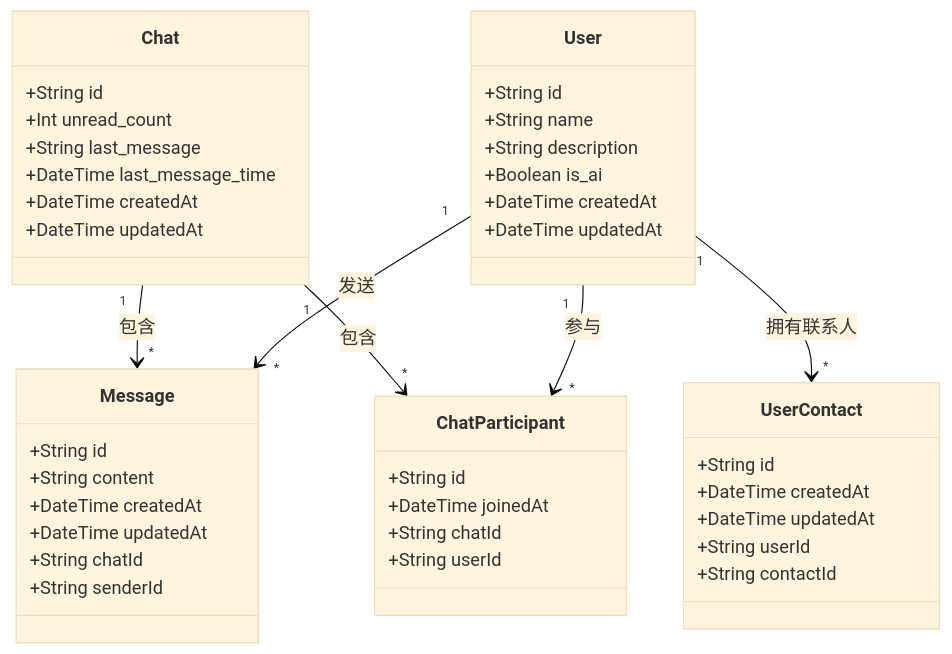
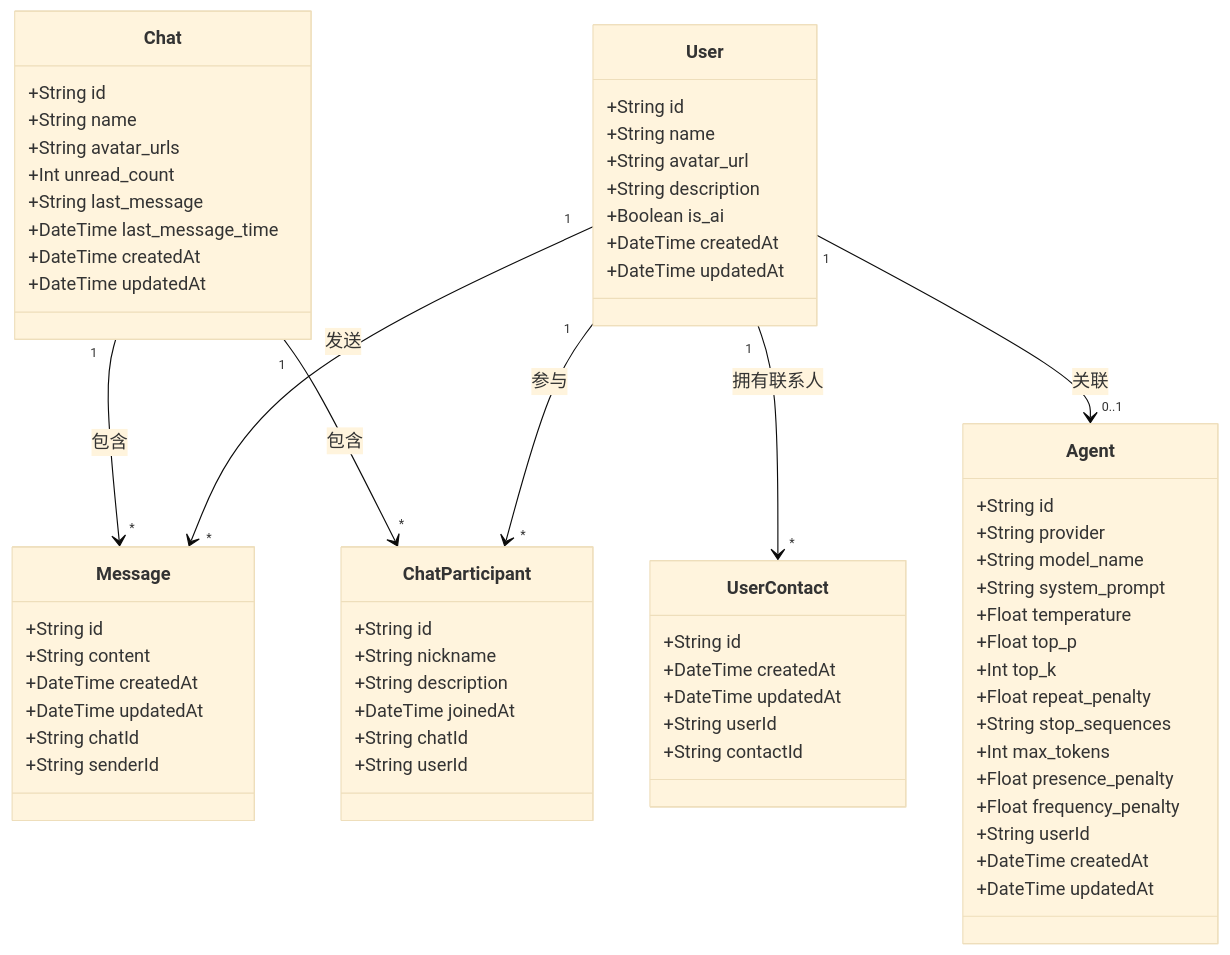
The second of 2 diagrams in apps/client/src-tauri/prisma/schema.md (guixin-ai/guixin), drawn with Mermaid (base theme) before and after one commit. The commit also changed other lines of this file and 5 other files, not shown here.

````diff
--- a/apps/client/src-tauri/prisma/schema.md
+++ b/apps/client/src-tauri/prisma/schema.md
@@ -62,50 +86,74 @@
 ```mermaid
 classDiagram
     User "1" --> "*" Message : 发送
     User "1" --> "*" ChatParticipant : 参与
     User "1" --> "*" UserContact : 拥有联系人
+    User "1" --> "0..1" Agent : 关联
     Chat "1" --> "*" ChatParticipant : 包含
     Chat "1" --> "*" Message : 包含
 
     class User {
         +String id
         +String name
+        +String avatar_url
         +String description
         +Boolean is_ai
+        +DateTime createdAt
+        +DateTime updatedAt
+    }
+
+    class Agent {
+        +String id
+        +String provider
+        +String model_name
+        +String system_prompt
+        +Float temperature
+        +Float top_p
+        +Int top_k
+        +Float repeat_penalty
+        +String stop_sequences
+        +Int max_tokens
+        +Float presence_penalty
+        +Float frequency_penalty
+        +String userId
         +DateTime createdAt
         +DateTime updatedAt
     }
 
     class UserContact {
         +String id
         +DateTime createdAt
         +DateTime updatedAt
         +String userId
         +String contactId
     }
 
     class Chat {
         +String id
+        +String name
+        +String avatar_urls
         +Int unread_count
         +String last_message
         +DateTime last_message_time
         +DateTime createdAt
         +DateTime updatedAt
     }
 
     class ChatParticipant {
         +String id
+        +String nickname
+        +String description
         +DateTime joinedAt
         +String chatId
         +String userId
     }
 
     class Message {
         +String id
         +String content
         +DateTime createdAt
         +DateTime updatedAt
         +String chatId
         +String senderId
     }
 ```
````
